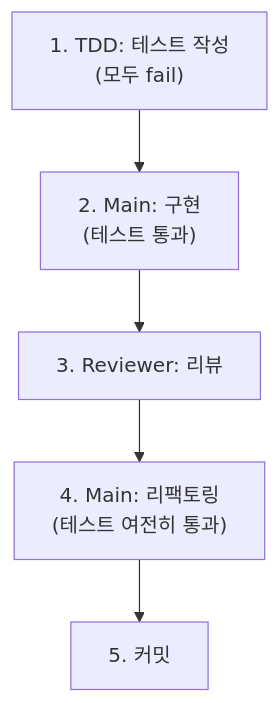
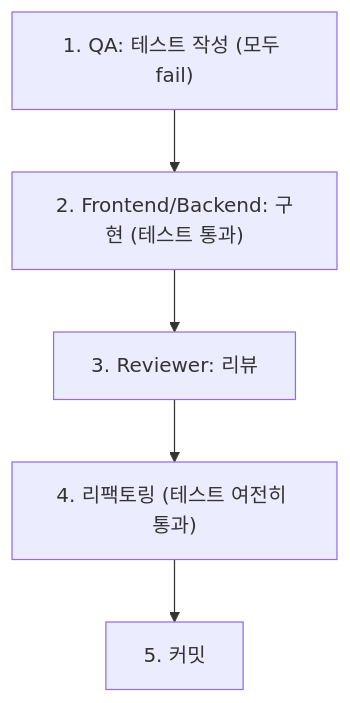
One commit to hjnMavis/typolog changed the second of 2 diagrams in docs/agent-view-workflow.md. Above: the diagram before and after it, drawn with Mermaid. The commit also changed other lines of this file and 7 other files, not shown here.

````diff
--- a/docs/agent-view-workflow.md
+++ b/docs/agent-view-workflow.md
@@ -227,7 +95,7 @@
 ```mermaid
 graph TD
-    A["1. TDD: 테스트 작성\n(모두 fail)"] --> B["2. Main: 구현\n(테스트 통과)"]
+    A["1. QA: 테스트 작성 (모두 fail)"] --> B["2. Frontend/Backend: 구현 (테스트 통과)"]
     B --> C["3. Reviewer: 리뷰"]
-    C --> D["4. Main: 리팩토링\n(테스트 여전히 통과)"]
+    C --> D["4. 리팩토링 (테스트 여전히 통과)"]
     D --> E["5. 커밋"]
 ```
````
